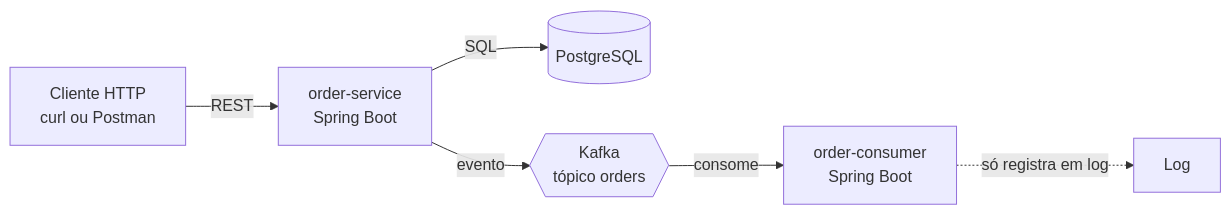
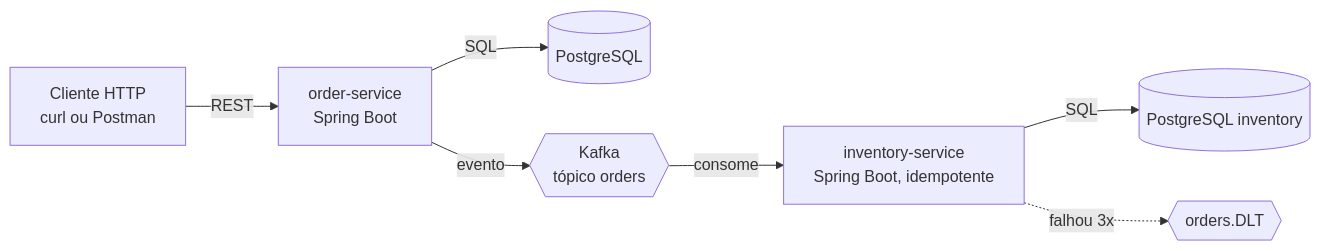
One commit to GiovaniCancherini/sales-events-java changed the first of 6 diagrams in docs/architecture.md. Above: the diagram before and after it, drawn with Mermaid. The commit also changed other lines of this file and 3 other files, not shown here.

Commit message:
docs: document inventory-service, idempotency ADR and learnings

````diff
--- a/docs/architecture.md
+++ b/docs/architecture.md
@@ -9,8 +9,9 @@
 ```mermaid
 flowchart LR
     U[Cliente HTTP<br/>curl ou Postman] -->|REST| OS[order-service<br/>Spring Boot]
     OS -->|SQL| PG[(PostgreSQL)]
     OS -->|evento| K{{Kafka<br/>tópico orders}}
-    K -->|consome| OC[order-consumer<br/>Spring Boot]
-    OC -.->|só registra em log| L[Log]
+    K -->|consome| IS[inventory-service<br/>Spring Boot, idempotente]
+    IS -->|SQL| PG2[(PostgreSQL inventory)]
+    IS -.->|falhou 3x| DLT{{orders.DLT}}
 ```
````
